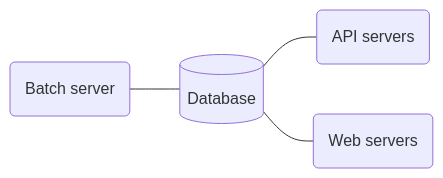
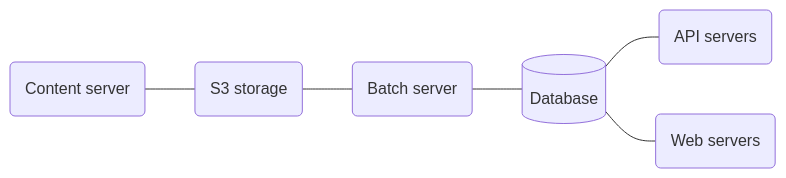
The diagram in README.md (royllo/explorer), drawn with Mermaid before and after one commit. The commit also changed other lines of this file, not shown here.

````diff
--- a/README.md
+++ b/README.md
@@ -24,6 +24,8 @@
 ```mermaid
 graph LR
+    S3Storage(S3 storage) --- BatchServer(Batch server);
     BatchServer(Batch server) --- database[(Database)];
     database[(Database)] --- APIServers(API servers);
     database[(Database)] --- WebServers(Web servers);
+    contentServer(Content server) --- S3Storage(S3 storage);
 ```
````
